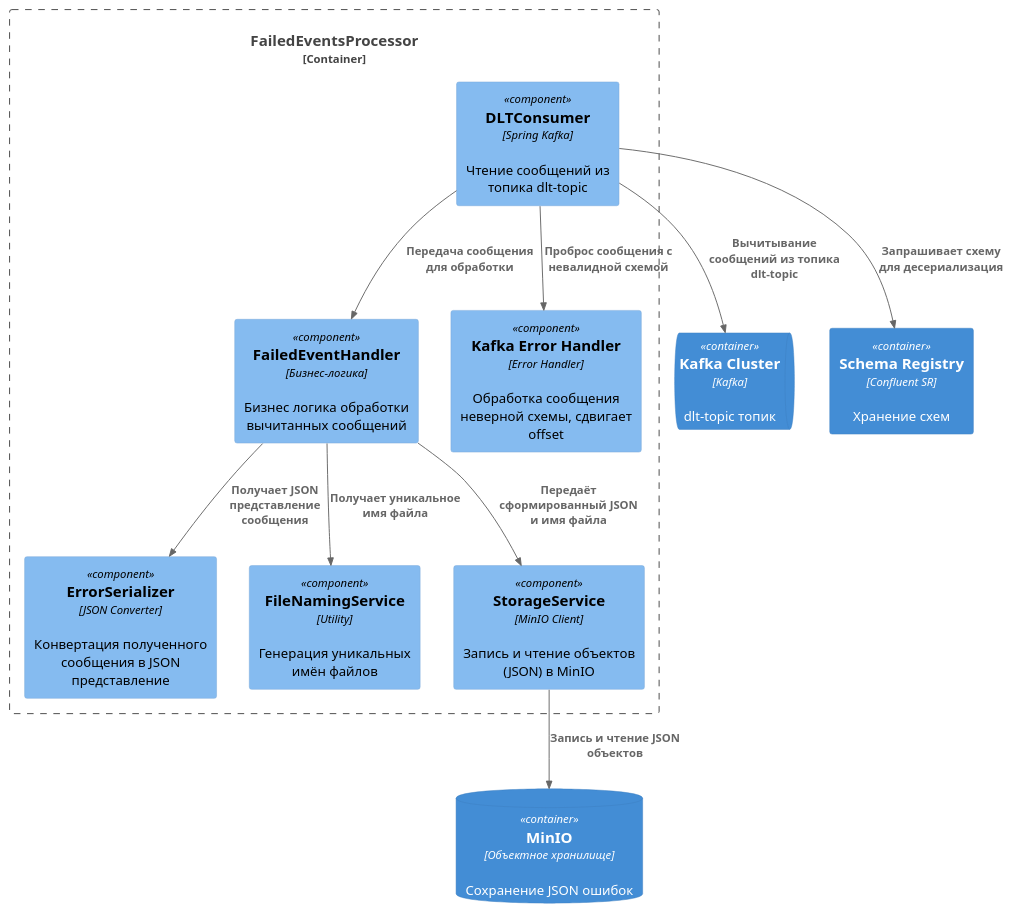
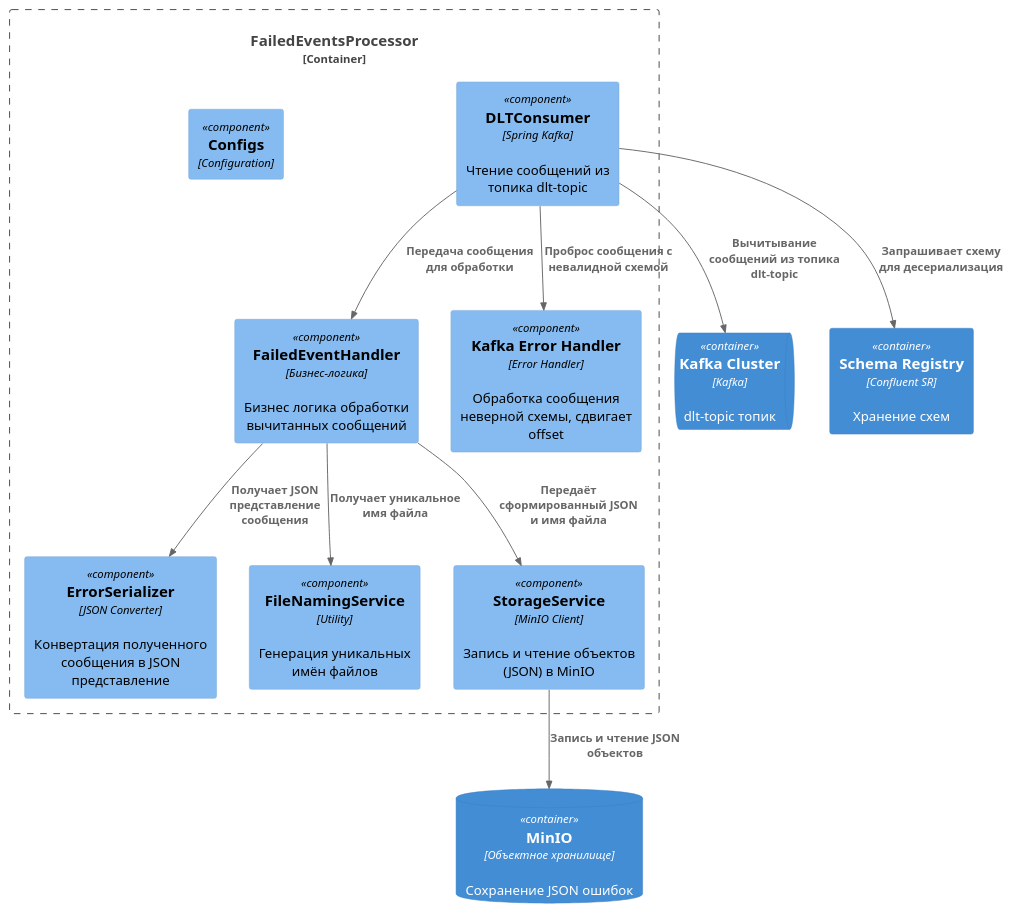
The diagram in failed-events-processor/diagrams/components.puml (SinglePlayer56/iot), drawn with PlantUML before and after one commit. The commit also changed 6 other files, not shown here.

Commit message:
Update dependencies. Add kafka and minio configs. Update component diagram.

```diff
--- a/failed-events-processor/diagrams/components.puml
+++ b/failed-events-processor/diagrams/components.puml
@@ -1,27 +1,28 @@
 @startuml
 !includeurl https://raw.githubusercontent.com/plantuml-stdlib/C4-PlantUML/master/C4_Component.puml
 
 Container_Boundary(failed_events_processor, "FailedEventsProcessor") {
     Component(dlt_consumer, "DLTConsumer", "Spring Kafka", "Чтение сообщений из топика dlt-topic")
     Component(failed_event_handler, "FailedEventHandler", "Бизнес-логика", "Бизнес логика обработки вычитанных сообщений")
     Component(error_serializer, "ErrorSerializer", "JSON Converter", "Конвертация полученного сообщения в JSON представление")
     Component(file_naming_service, "FileNamingService", "Utility", "Генерация уникальных имён файлов")
     Component(storage_service, "StorageService", "MinIO Client", "Запись и чтение объектов (JSON) в MinIO")
     Component(kafka_error_handler, "Kafka Error Handler", "Error Handler", "Обработка сообщения неверной схемы, сдвигает offset")
+    Component(configs, "Configs", "Configuration")
 
     Rel(dlt_consumer, failed_event_handler, "Передача сообщения для обработки")
     Rel(dlt_consumer, kafka_error_handler, "Проброс сообщения с невалидной схемой")
     Rel(failed_event_handler, file_naming_service, "Получает уникальное имя файла")
     Rel(failed_event_handler, error_serializer, "Получает JSON представление сообщения")
     Rel(failed_event_handler, storage_service, "Передаёт сформированный JSON и имя файла")
 }
 
 ContainerQueue(kafka, "Kafka Cluster", "Kafka", "dlt-topic топик")
 Container(schema_registry, "Schema Registry", "Confluent SR", "Хранение схем")
 ContainerDb(minio, "MinIO", "Объектное хранилище", "Сохранение JSON ошибок")
 
 Rel(dlt_consumer, schema_registry, "Запрашивает схему для десериализация")
 Rel(dlt_consumer, kafka, "Вычитывание сообщений из топика dlt-topic")
 Rel(storage_service, minio, "Запись и чтение JSON объектов")
 
 @enduml
```
